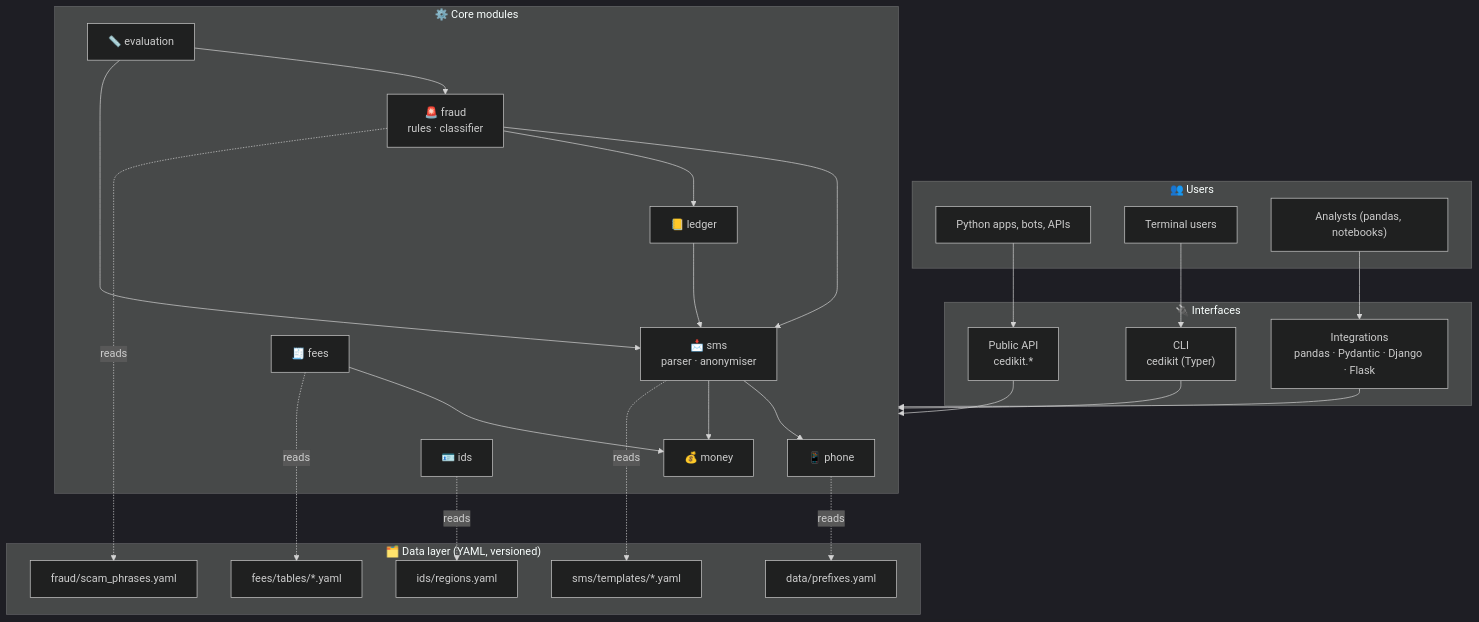
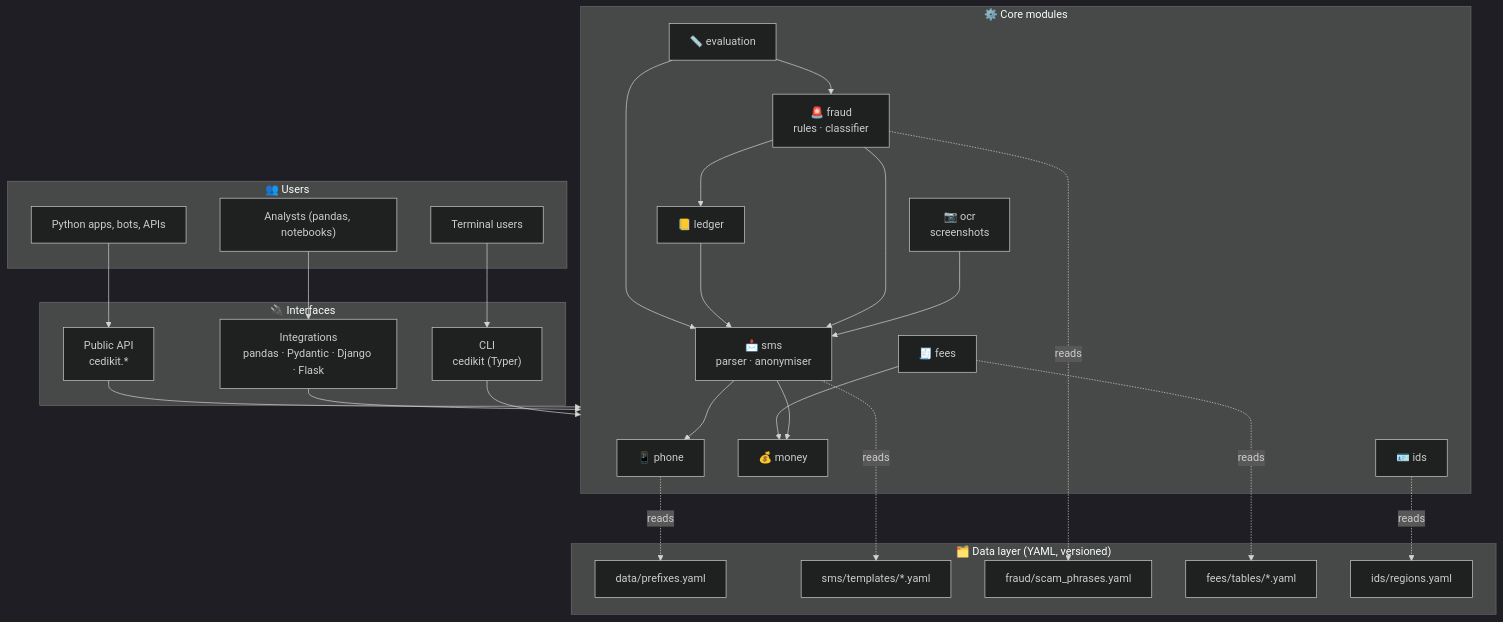
Before and after one commit to brainiacweb-tech/cedikit: the third of 7 diagrams in README.md, drawn with Mermaid (dark theme). The commit also changed other lines of this file and 21 other files, not shown here.

````diff
--- a/README.md
+++ b/README.md
@@ -460,55 +492,57 @@
 ```mermaid
 flowchart TB
     subgraph Users["👥 Users"]
         APP["Python apps, bots, APIs"]
         TERM["Terminal users"]
         DS["Analysts (pandas, notebooks)"]
     end
 
     subgraph Interfaces["🔌 Interfaces"]
         API["Public API<br/>cedikit.*"]
         CLI["CLI<br/>cedikit (Typer)"]
         INT["Integrations<br/>pandas · Pydantic · Django · Flask"]
     end
 
     subgraph Core["⚙️ Core modules"]
         PHONE["📱 phone"]
         MONEY["💰 money"]
         SMS["📩 sms<br/>parser · anonymiser"]
+        OCR["📷 ocr<br/>screenshots"]
         FRAUD["🚨 fraud<br/>rules · classifier"]
         LEDGER["📒 ledger"]
         FEES["🧾 fees"]
         IDS["🪪 ids"]
         EVAL["📏 evaluation"]
     end
 
     subgraph Data["🗂️ Data layer (YAML, versioned)"]
         D1["data/prefixes.yaml"]
         D2["sms/templates/*.yaml"]
         D3["fraud/scam_phrases.yaml"]
         D4["fees/tables/*.yaml"]
         D5["ids/regions.yaml"]
     end
 
     APP --> API
     TERM --> CLI
     DS --> INT
     CLI --> Core
     INT --> Core
     API --> Core
 
     SMS --> PHONE
+    OCR --> SMS
     SMS --> MONEY
     FRAUD --> SMS
     FRAUD --> LEDGER
     LEDGER --> SMS
     FEES --> MONEY
     EVAL --> FRAUD
     EVAL --> SMS
 
     PHONE -.reads.-> D1
     SMS -.reads.-> D2
     FRAUD -.reads.-> D3
     FEES -.reads.-> D4
     IDS -.reads.-> D5
 ```
````
